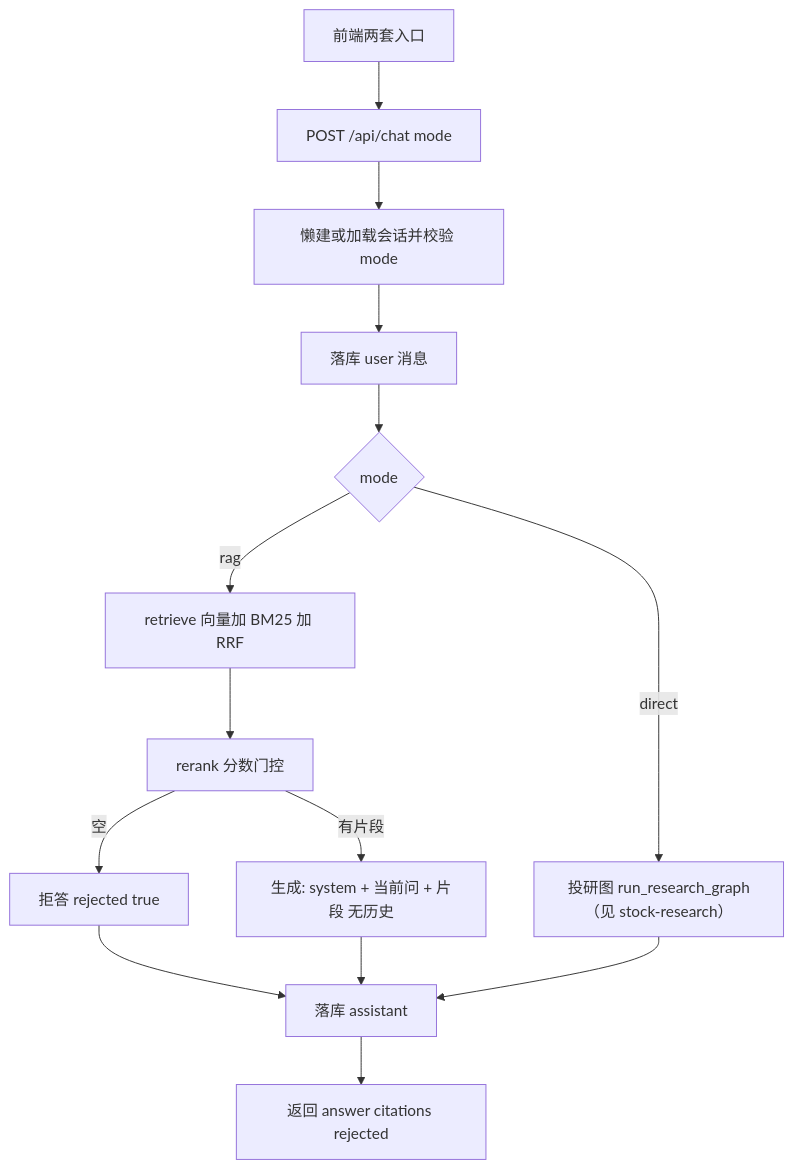
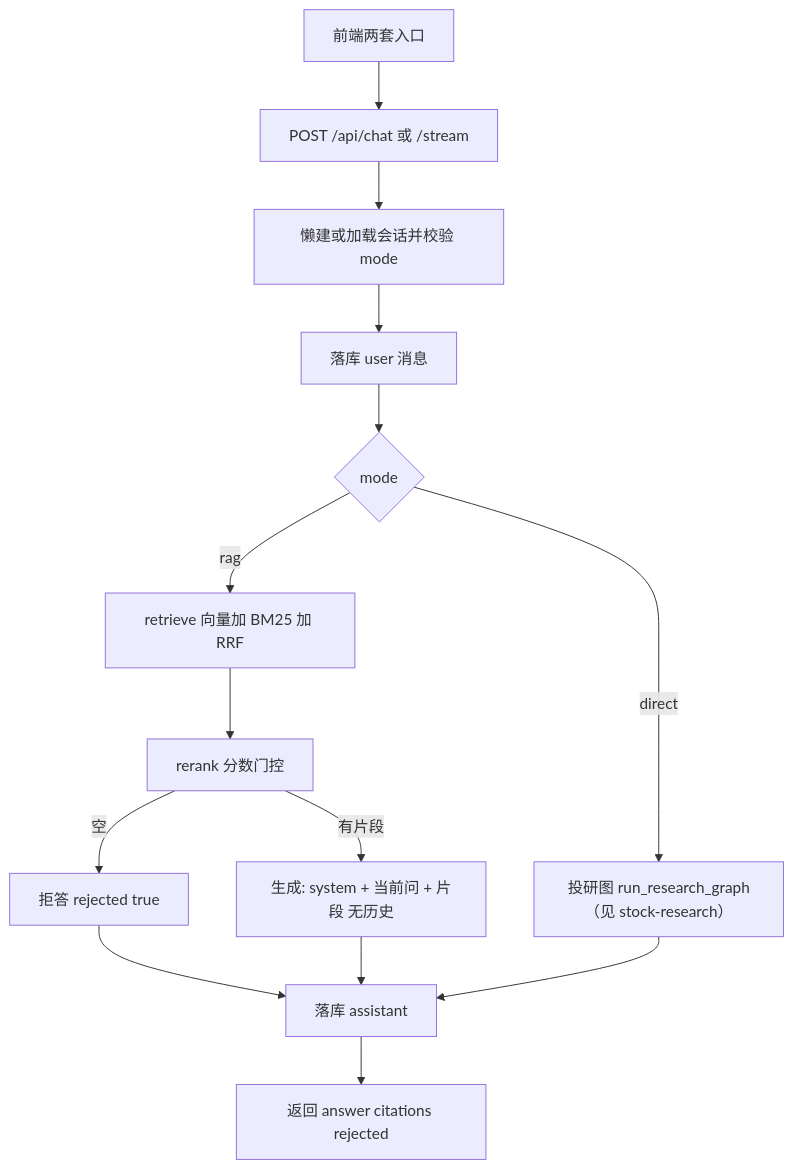
Before and after one commit to muguangmgy/knowledge-hub: the diagram in .docs/chat-dual-mode-design.md, drawn with Mermaid. The commit also changed other lines of this file and 22 other files, not shown here.

````diff
--- a/.docs/chat-dual-mode-design.md
+++ b/.docs/chat-dual-mode-design.md
@@ -56,16 +56,16 @@
 ```mermaid
 flowchart TD
-  client[前端两套入口] --> postChat["POST /api/chat mode"]
+  client[前端两套入口] --> postChat["POST /api/chat 或 /stream"]
   postChat --> resolveConv[懒建或加载会话并校验 mode]
   resolveConv --> saveUser[落库 user 消息]
   saveUser --> branch{mode}
   branch -->|rag| retrieve[retrieve 向量加 BM25 加 RRF]
   retrieve --> rerank[rerank 分数门控]
   rerank -->|空| reject[拒答 rejected true]
   rerank -->|有片段| genRag["生成: system + 当前问 + 片段 无历史"]
   branch -->|direct| askDirect["投研图 run_research_graph（见 stock-research）"]
   reject --> saveAsst[落库 assistant]
   genRag --> saveAsst
   askDirect --> saveAsst
   saveAsst --> resp[返回 answer citations rejected]
 ```
````
